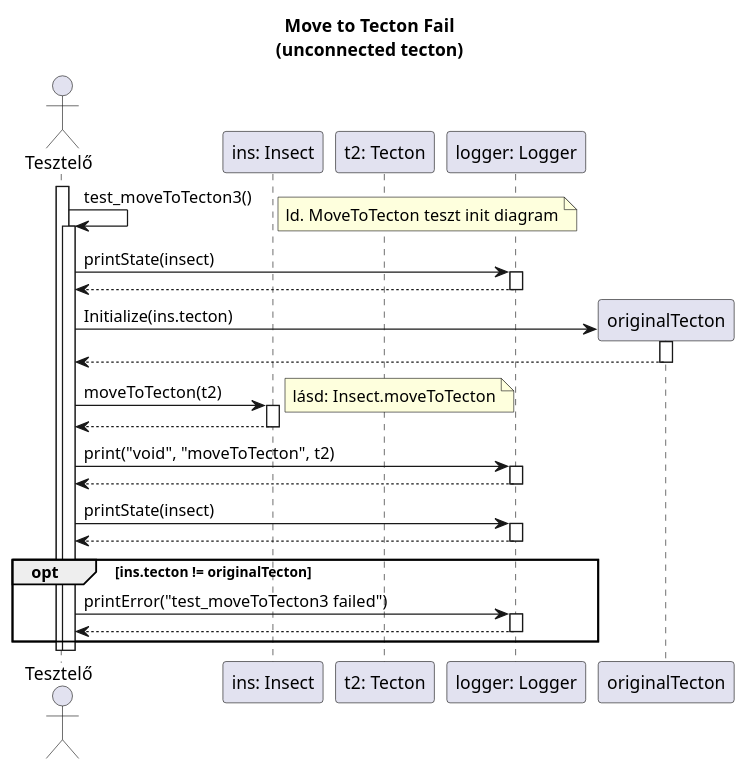
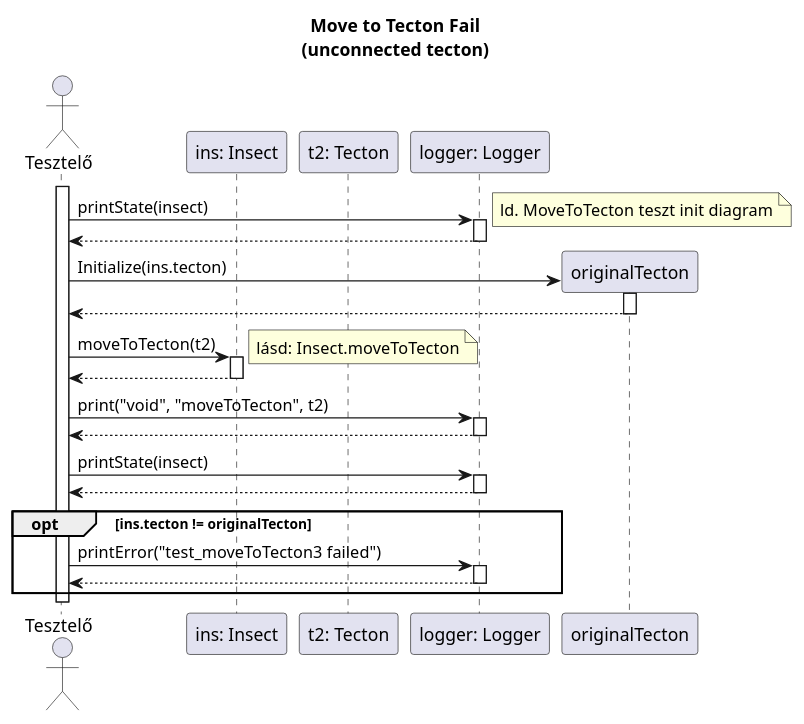
Before and after one commit to dzsem/projlab: the diagram in diagrams/test-sequence/insect/moveToTecton3.plantuml, drawn with PlantUML. The commit also changed 5 other files, not shown here.

```diff
--- a/diagrams/test-sequence/insect/moveToTecton3.plantuml
+++ b/diagrams/test-sequence/insect/moveToTecton3.plantuml
@@ -1,58 +1,55 @@
 @startuml test_moveToTecton3
 
 title Move to Tecton Fail\n(unconnected tecton)
 
 actor "Tesztelő" as t
 participant "ins: Insect" as i
 participant "t2: Tecton" as t2
 participant "logger: Logger" as logger
 
 activate t
-t -> t: test_moveToTecton3()
+
+t -> logger: printState(insect)
 note right: ld. MoveToTecton teszt init diagram
-activate t
+activate logger
 
-	t -> logger: printState(insect)
+t <-- logger
+deactivate logger
+
+create originalTecton
+t -> originalTecton: Initialize(ins.tecton)
+activate originalTecton
+
+t <-- originalTecton
+deactivate originalTecton
+
+t -> i: moveToTecton(t2)
+activate i
+note right: lásd: Insect.moveToTecton
+
+t <-- i
+deactivate i
+
+t -> logger: print("void", "moveToTecton", t2)
+activate logger
+
+t <-- logger
+deactivate logger
+
+t -> logger: printState(insect)
+activate logger
+t <-- logger
+deactivate logger
+
+opt ins.tecton != originalTecton
+	t -> logger: printError("test_moveToTecton3 failed")
 	activate logger
 
 	t <-- logger
 	deactivate logger
+end
 
-	create originalTecton
-	t -> originalTecton: Initialize(ins.tecton)
-	activate originalTecton
-
-	t <-- originalTecton
-	deactivate originalTecton
-
-	t -> i: moveToTecton(t2)
-	activate i
-	note right: lásd: Insect.moveToTecton
-
-	t <-- i
-	deactivate i
-
-	t -> logger: print("void", "moveToTecton", t2)
-	activate logger
-
-	t <-- logger
-	deactivate logger
-
-	t -> logger: printState(insect)
-	activate logger
-	t <-- logger
-	deactivate logger
-
-	opt ins.tecton != originalTecton
-		t -> logger: printError("test_moveToTecton3 failed")
-		activate logger
-
-		t <-- logger
-		deactivate logger
-	end
-
-	deactivate t
 deactivate t
 
 
 @enduml
```
